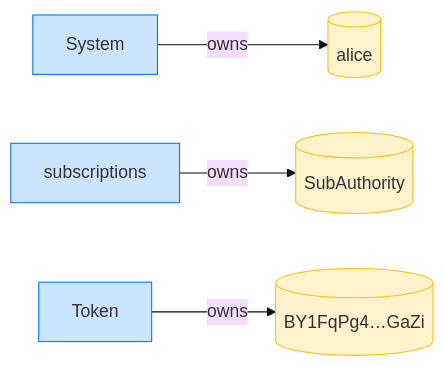
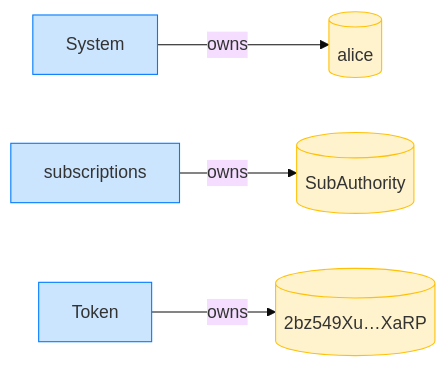
The fourth of 8 diagrams in dsl_tests/mallory-cannot-revoke-a-sponsor-funded-delegation.md (cds-rs/subscriptions), drawn with Mermaid (base theme) before and after one commit. The commit also changed other lines of this file and 224 other files, not shown here.

````diff
--- a/dsl_tests/mallory-cannot-revoke-a-sponsor-funded-delegation.md
+++ b/dsl_tests/mallory-cannot-revoke-a-sponsor-funded-delegation.md
@@ -71,14 +76,14 @@
 ```mermaid
 flowchart LR
     classDef owner fill:#cce5ff,stroke:#007bff;
     classDef account fill:#fff3cd,stroke:#ffc107;
     System[System]:::owner
     alice[(alice)]:::account
     subscriptions[subscriptions]:::owner
     SubAuthority[(SubAuthority)]:::account
     Token[Token]:::owner
-    BY1FqPg4_GaZi[("BY1FqPg4…GaZi")]:::account
+    2bz549Xu_XaRP[("2bz549Xu…XaRP")]:::account
     System -->|owns| alice
     subscriptions -->|owns| SubAuthority
-    Token -->|owns| BY1FqPg4_GaZi
+    Token -->|owns| 2bz549Xu_XaRP
 ```
````
